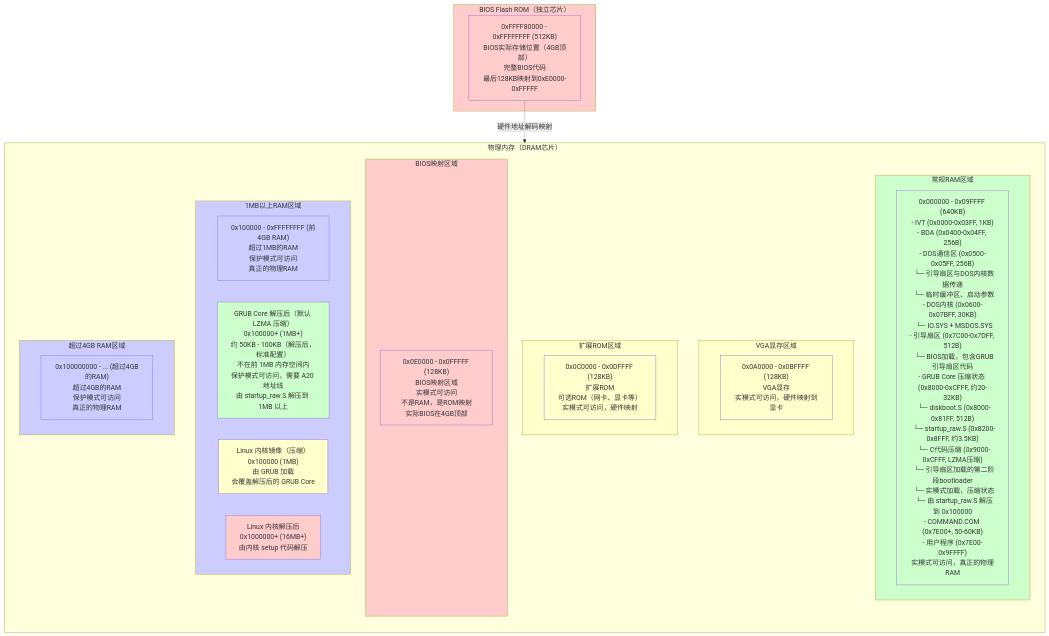
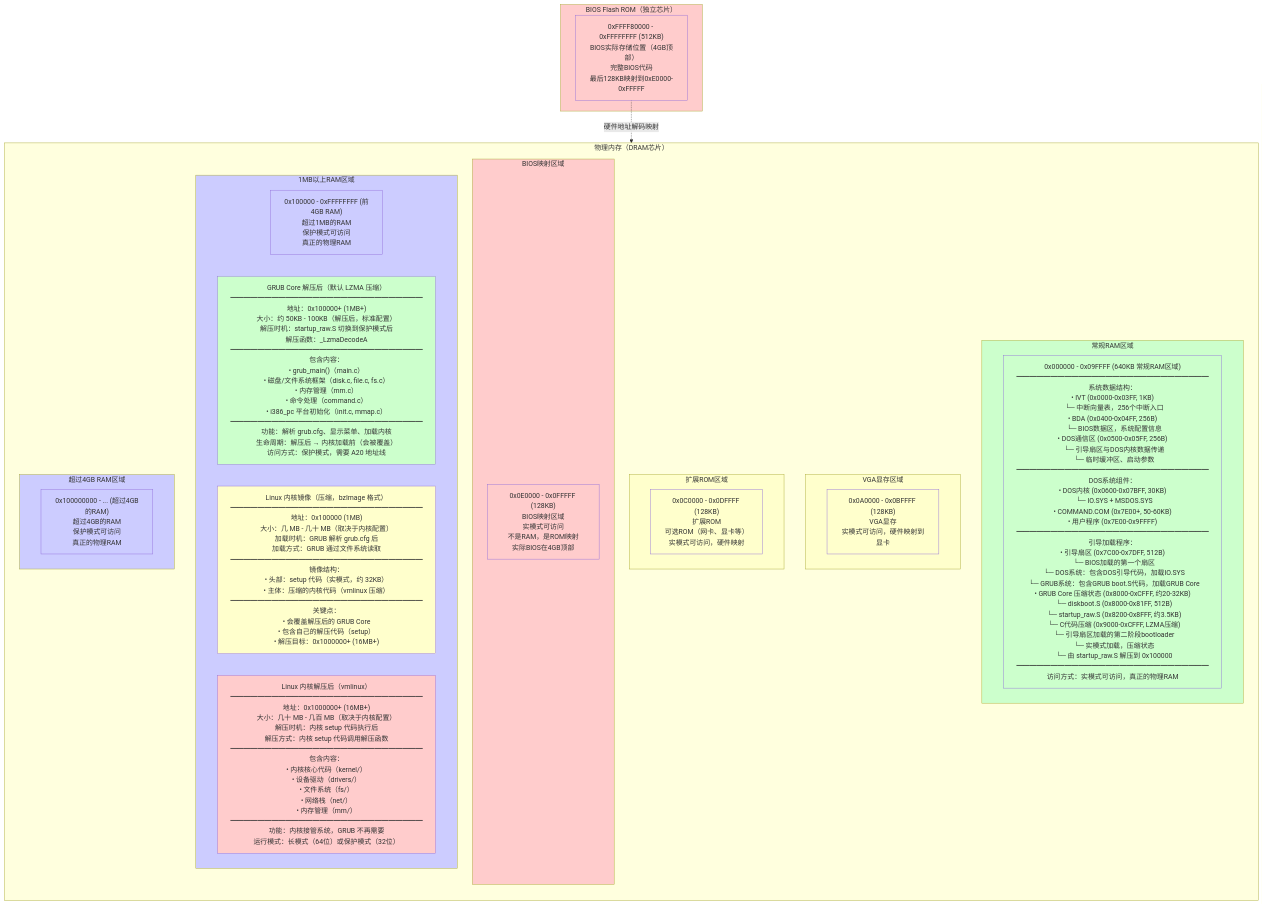
The diagram in BIOS_MEMORY_LAYOUT.md (liweinan/bootimage-example), drawn with Mermaid before and after one commit. The commit also changed other lines of this file and 6 other files, not shown here.

````diff
--- a/BIOS_MEMORY_LAYOUT.md
+++ b/BIOS_MEMORY_LAYOUT.md
@@ -287,57 +287,57 @@
    ```mermaid
    flowchart TB
        subgraph DRAM["物理内存（DRAM芯片）"]
            direction TB
            
            subgraph Low640KB["常规RAM区域"]
-               LowRAM["0x000000 - 0x09FFFF (640KB)<br/>- IVT (0x0000-0x03FF, 1KB)<br/>- BDA (0x0400-0x04FF, 256B)<br/>- DOS通信区 (0x0500-0x05FF, 256B)<br/>  └─ 引导扇区与DOS内核数据传递<br/>  └─ 临时缓冲区、启动参数<br/>- DOS内核 (0x0600-0x07BFF, 30KB)<br/>  └─ IO.SYS + MSDOS.SYS<br/>- 引导扇区 (0x7C00-0x7DFF, 512B)<br/>  └─ BIOS加载，包含GRUB引导扇区代码<br/>- GRUB Core 压缩状态 (0x8000-0xCFFF, 约20-32KB)<br/>  └─ diskboot.S (0x8000-0x81FF, 512B)<br/>  └─ startup_raw.S (0x8200-0x8FFF, 约3.5KB)<br/>  └─ C代码压缩 (0x9000-0xCFFF, LZMA压缩)<br/>  └─ 引导扇区加载的第二阶段bootloader<br/>  └─ 实模式加载，压缩状态<br/>  └─ 由 startup_raw.S 解压到 0x100000<br/>- COMMAND.COM (0x7E00+, 50-60KB)<br/>- 用户程序 (0x7E00-0x9FFFF)<br/>实模式可访问，真正的物理RAM"]
+               LowRAM["0x000000 - 0x09FFFF (640KB 常规RAM区域)<br/>━━━━━━━━━━━━━━━━━━━━━━━━━━━━<br/>系统数据结构：<br/>• IVT (0x0000-0x03FF, 1KB)<br/>  └─ 中断向量表，256个中断入口<br/>• BDA (0x0400-0x04FF, 256B)<br/>  └─ BIOS数据区，系统配置信息<br/>• DOS通信区 (0x0500-0x05FF, 256B)<br/>  └─ 引导扇区与DOS内核数据传递<br/>  └─ 临时缓冲区、启动参数<br/>━━━━━━━━━━━━━━━━━━━━━━━━━━━━<br/>DOS系统组件：<br/>• DOS内核 (0x0600-0x07BFF, 30KB)<br/>  └─ IO.SYS + MSDOS.SYS<br/>• COMMAND.COM (0x7E00+, 50-60KB)<br/>• 用户程序 (0x7E00-0x9FFFF)<br/>━━━━━━━━━━━━━━━━━━━━━━━━━━━━<br/>引导加载程序：<br/>• 引导扇区 (0x7C00-0x7DFF, 512B)<br/>  └─ BIOS加载的第一个扇区<br/>  └─ DOS系统：包含DOS引导代码，加载IO.SYS<br/>  └─ GRUB系统：包含GRUB boot.S代码，加载GRUB Core<br/>• GRUB Core 压缩状态 (0x8000-0xCFFF, 约20-32KB)<br/>  └─ diskboot.S (0x8000-0x81FF, 512B)<br/>  └─ startup_raw.S (0x8200-0x8FFF, 约3.5KB)<br/>  └─ C代码压缩 (0x9000-0xCFFF, LZMA压缩)<br/>  └─ 引导扇区加载的第二阶段bootloader<br/>  └─ 实模式加载，压缩状态<br/>  └─ 由 startup_raw.S 解压到 0x100000<br/>━━━━━━━━━━━━━━━━━━━━━━━━━━━━<br/>访问方式：实模式可访问，真正的物理RAM"]
            end
            
            subgraph VGARAM["VGA显存区域"]
                VGAMem["0x0A0000 - 0x0BFFFF (128KB)<br/>VGA显存<br/>实模式可访问，硬件映射到显卡"]
            end
            
            subgraph ExtROM["扩展ROM区域"]
                OptionROM["0x0C0000 - 0x0DFFFF (128KB)<br/>扩展ROM<br/>可选ROM（网卡、显卡等）<br/>实模式可访问，硬件映射"]
            end
            
            subgraph BIOSMap["BIOS映射区域"]
                BIOSMapped["0x0E0000 - 0x0FFFFF (128KB)<br/>BIOS映射区域<br/>实模式可访问<br/>不是RAM，是ROM映射<br/>实际BIOS在4GB顶部"]
            end
            
            subgraph Above1MB["1MB以上RAM区域"]
                RAM4GB["0x100000 - 0xFFFFFFFF (前4GB RAM)<br/>超过1MB的RAM<br/>保护模式可访问<br/>真正的物理RAM"]
-               GRUBDecomp["GRUB Core 解压后（默认 LZMA 压缩）<br/>0x100000+ (1MB+)<br/>约 50KB - 100KB（解压后，标准配置）<br/>不在前 1MB 内存空间内<br/>保护模式可访问，需要 A20 地址线<br/>由 startup_raw.S 解压到 1MB 以上"]
-               KernelLoad["Linux 内核镜像（压缩）<br/>0x100000 (1MB)<br/>由 GRUB 加载<br/>会覆盖解压后的 GRUB Core"]
-               KernelDecomp["Linux 内核解压后<br/>0x1000000+ (16MB+)<br/>由内核 setup 代码解压"]
+               GRUBDecomp["GRUB Core 解压后（默认 LZMA 压缩）<br/>━━━━━━━━━━━━━━━━━━━━━━━━━━━━<br/>地址：0x100000+ (1MB+)<br/>大小：约 50KB - 100KB（解压后，标准配置）<br/>解压时机：startup_raw.S 切换到保护模式后<br/>解压函数：_LzmaDecodeA<br/>━━━━━━━━━━━━━━━━━━━━━━━━━━━━<br/>包含内容：<br/>• grub_main()（main.c）<br/>• 磁盘/文件系统框架（disk.c, file.c, fs.c）<br/>• 内存管理（mm.c）<br/>• 命令处理（command.c）<br/>• i386_pc 平台初始化（init.c, mmap.c）<br/>━━━━━━━━━━━━━━━━━━━━━━━━━━━━<br/>功能：解析 grub.cfg、显示菜单、加载内核<br/>生命周期：解压后 → 内核加载前（会被覆盖）<br/>访问方式：保护模式，需要 A20 地址线"]
+               KernelLoad["Linux 内核镜像（压缩，bzImage 格式）<br/>━━━━━━━━━━━━━━━━━━━━━━━━━━━━<br/>地址：0x100000 (1MB)<br/>大小：几 MB - 几十 MB（取决于内核配置）<br/>加载时机：GRUB 解析 grub.cfg 后<br/>加载方式：GRUB 通过文件系统读取<br/>━━━━━━━━━━━━━━━━━━━━━━━━━━━━<br/>镜像结构：<br/>• 头部：setup 代码（实模式，约 32KB）<br/>• 主体：压缩的内核代码（vmlinux 压缩）<br/>━━━━━━━━━━━━━━━━━━━━━━━━━━━━<br/>关键点：<br/>• 会覆盖解压后的 GRUB Core<br/>• 包含自己的解压代码（setup）<br/>• 解压目标：0x1000000+ (16MB+)"]
+               KernelDecomp["Linux 内核解压后（vmlinux）<br/>━━━━━━━━━━━━━━━━━━━━━━━━━━━━<br/>地址：0x1000000+ (16MB+)<br/>大小：几十 MB - 几百 MB（取决于内核配置）<br/>解压时机：内核 setup 代码执行后<br/>解压方式：内核 setup 代码调用解压函数<br/>━━━━━━━━━━━━━━━━━━━━━━━━━━━━<br/>包含内容：<br/>• 内核核心代码（kernel/）<br/>• 设备驱动（drivers/）<br/>• 文件系统（fs/）<br/>• 网络栈（net/）<br/>• 内存管理（mm/）<br/>━━━━━━━━━━━━━━━━━━━━━━━━━━━━<br/>功能：内核接管系统，GRUB 不再需要<br/>运行模式：长模式（64位）或保护模式（32位）"]
            end
            
            subgraph Above4GB["超过4GB RAM区域"]
                RAM8GB["0x100000000 - ... (超过4GB的RAM)<br/>超过4GB的RAM<br/>保护模式可访问<br/>真正的物理RAM"]
            end
        end
        
        subgraph BIOSROM["BIOS Flash ROM（独立芯片）"]
            BIOSFull["0xFFFF80000 - 0xFFFFFFFF (512KB)<br/>BIOS实际存储位置（4GB顶部）<br/>完整BIOS代码<br/>最后128KB映射到0xE0000-0xFFFFF"]
        end
        
        BIOSFull -.->|"硬件地址解码映射"| BIOSMapped
        
        style Low640KB fill:#ccffcc
        style LowRAM fill:#ccffcc
        style VGARAM fill:#ffffcc
        style VGAMem fill:#ffffcc
        style ExtROM fill:#ffffcc
        style OptionROM fill:#ffffcc
        style BIOSMap fill:#ffcccc
        style BIOSMapped fill:#ffcccc
        style Above1MB fill:#ccccff
        style RAM4GB fill:#ccccff
        style GRUBDecomp fill:#ccffcc
        style KernelLoad fill:#ffffcc
        style KernelDecomp fill:#ffcccc
        style Above4GB fill:#ccccff
        style RAM8GB fill:#ccccff
        style BIOSROM fill:#ffcccc
        style BIOSFull fill:#ffcccc
    ```
````
